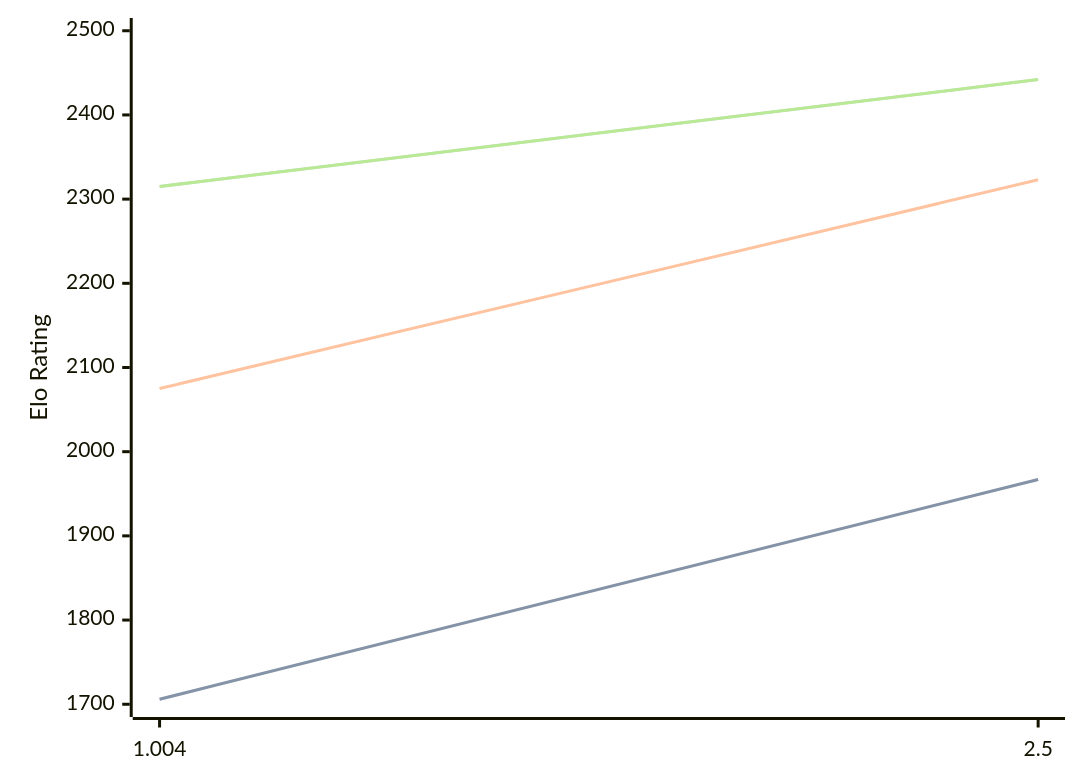
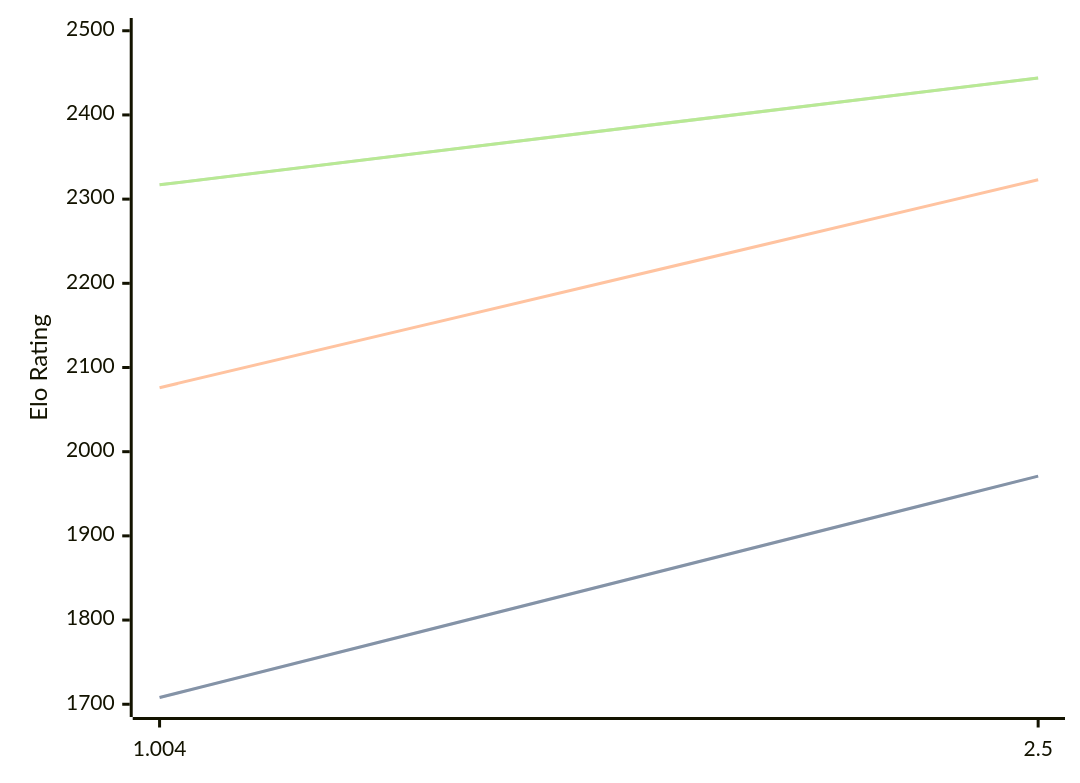
Before and after one commit to computer-chess-index/cci: the diagram in engines/Ares.md, drawn with Mermaid. The commit also changed other lines of this file, not shown here.

Commit message:
Update CCI Ratings (ELO VLTC) - 2026-09-01

````diff
--- a/engines/Ares.md
+++ b/engines/Ares.md
@@ -32,11 +32,11 @@
 ```mermaid
 %%{init: {"theme":"base","themeVariables":{"seriesColors:['#a3a3a3','#222221','#faa371']}}}%%
 xychart-beta
   x-axis ["1.004", "2.5"]
   y-axis "Elo Rating" 1700 --> 2500
-  line "" [1706, 1967]
-  line "STC (8.0+0.08s)" [1706, 1967]
-  line "LTC (60.0+0.60s)" [2075, 2323]
-  line "" [2315, 2442]
-  line "VLTC (2m24s+1.12s)" [2315, 2442]
+  line "" [1708, 1971]
+  line "STC (8.0+0.08s)" [1708, 1971]
+  line "LTC (60.0+0.60s)" [2076, 2323]
+  line "" [2317, 2444]
+  line "VLTC (2m24s+1.12s)" [2317, 2444]
 ```
````
